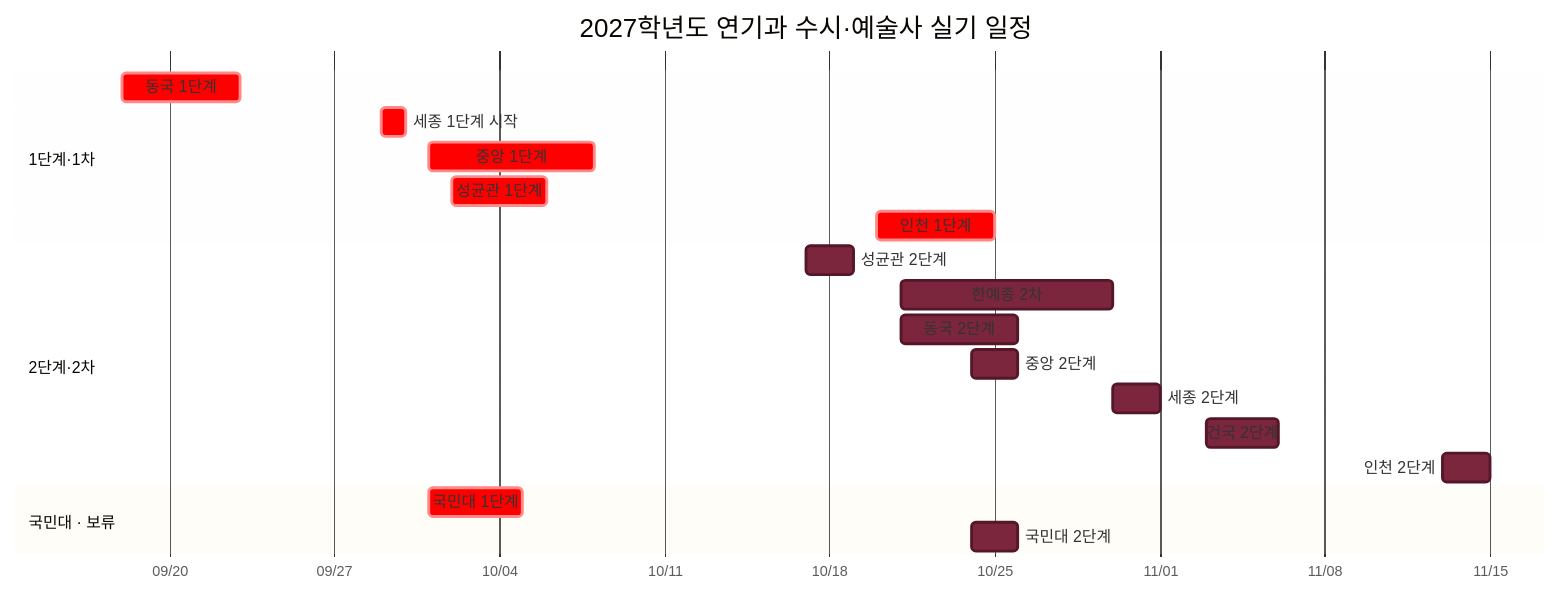
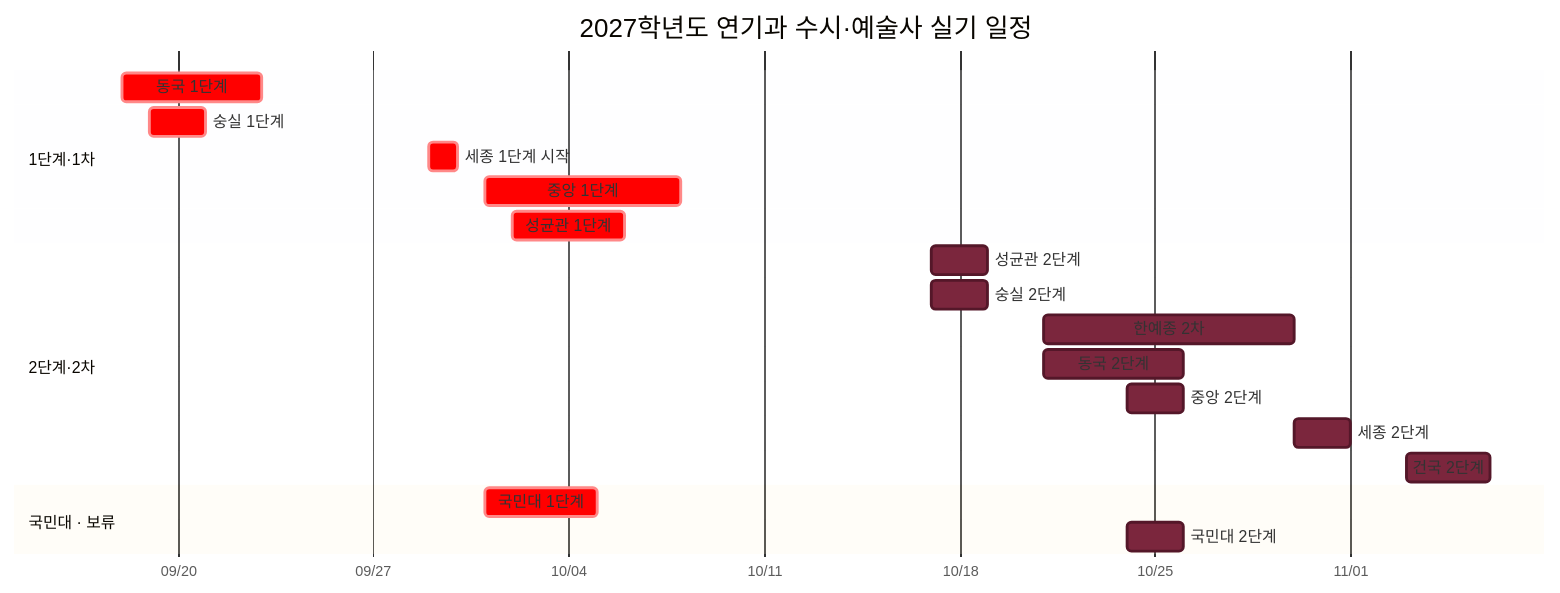
The diagram in 정리/입시/2027 연기과 시험 일정 그래프.md (Aera0512/Base_), drawn with Mermaid before and after one commit. The commit also changed other lines of this file and 1 other file, not shown here.

````diff
--- a/정리/입시/2027 연기과 시험 일정 그래프.md
+++ b/정리/입시/2027 연기과 시험 일정 그래프.md
@@ -21,27 +23,27 @@
 ```mermaid
 %%{init: {"theme":"base","themeVariables":{"taskBkgColor":"#E45757","taskBorderColor":"#B63A3A","doneTaskBkgColor":"#7B263D","doneTaskBorderColor":"#541729","doneTaskTextColor":"#FFFFFF"}}}%%
 gantt
     title 2027학년도 연기과 수시·예술사 실기 일정
     dateFormat  YYYY-MM-DD
     axisFormat  %m/%d
 
     section 1단계·1차
     동국 1단계                    :crit, dongguk1, 2026-09-18, 2026-09-23
+    숭실 1단계                    :crit, ssu1, 2026-09-19, 2026-09-21
     세종 1단계 시작               :crit, sejong1, 2026-09-29, 1d
     중앙 1단계                    :crit, cau1, 2026-10-01, 2026-10-08
     성균관 1단계                  :crit, skku1, 2026-10-02, 2026-10-06
-    인천 1단계                    :crit, inu1, 2026-10-20, 2026-10-25
 
     section 2단계·2차
     성균관 2단계                  :done, skku2, 2026-10-17, 2026-10-19
+    숭실 2단계                    :done, ssu2, 2026-10-17, 2026-10-19
     한예종 2차                    :done, karts2, 2026-10-21, 2026-10-30
     동국 2단계                    :done, dongguk2, 2026-10-21, 2026-10-26
     중앙 2단계                    :done, cau2, 2026-10-24, 2026-10-26
     세종 2단계                    :done, sejong2, 2026-10-30, 2026-11-01
     건국 2단계                    :done, konkuk2, 2026-11-03, 2026-11-06
-    인천 2단계                    :done, inu2, 2026-11-13, 2026-11-15
 
     section 국민대 · 보류
     국민대 1단계                  :crit, kookmin1, 2026-10-01, 2026-10-05
     국민대 2단계                  :done, kookmin2, 2026-10-24, 2026-10-26
 ```
````
